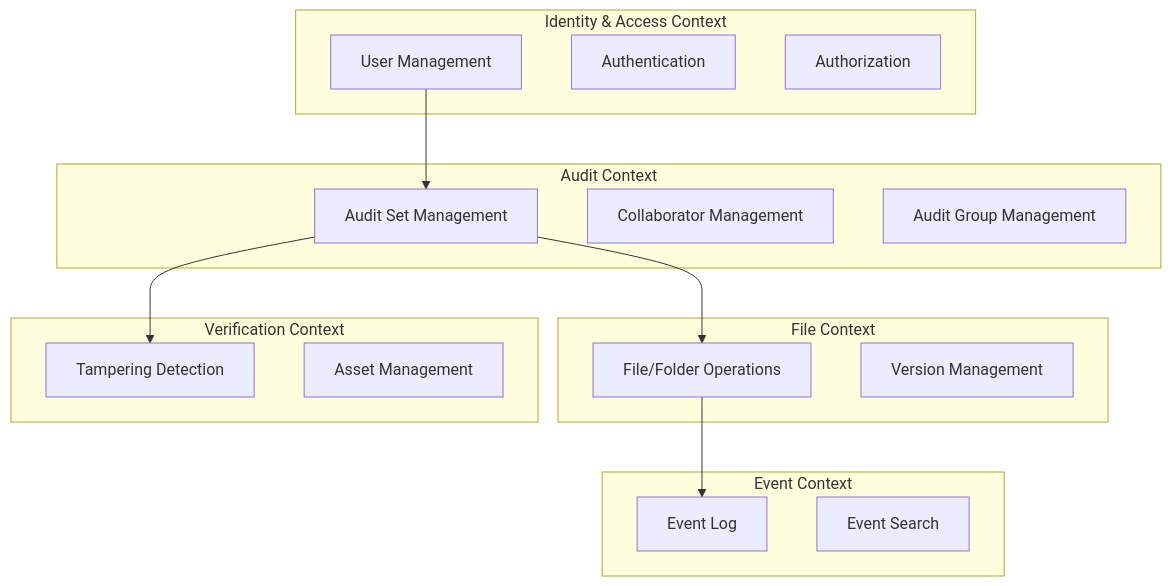
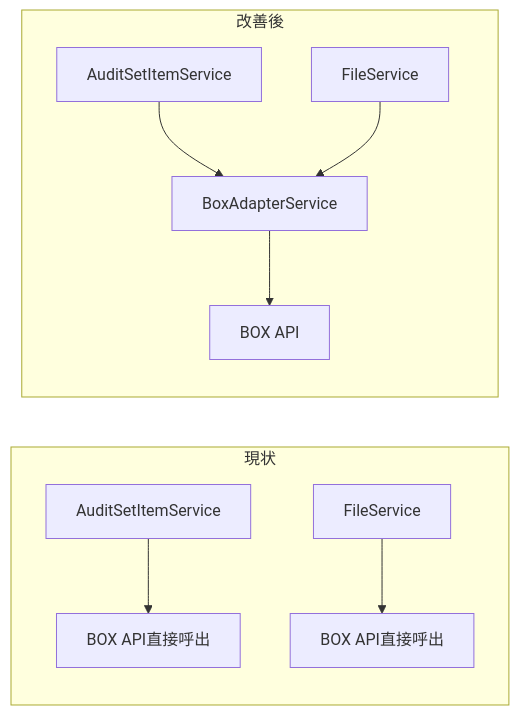
Before and after one commit to wfukatsu/refactoring-agent-for-claude-code: the second of 4 diagrams in reports/02_evaluation/mmi-improvement-plan.md, drawn with Mermaid. The commit also changed other lines of this file and 26 other files, not shown here.

````diff
--- a/reports/02_evaluation/mmi-improvement-plan.md
+++ b/reports/02_evaluation/mmi-improvement-plan.md
@@ -301,34 +92,13 @@
 ```mermaid
-graph TB
-    subgraph "Identity & Access Context"
-        IAC[User Management]
-        IAC2[Authentication]
-        IAC3[Authorization]
+graph LR
+    subgraph "現状"
+        ASIS[AuditSetItemService] --> BOX1[BOX API直接呼出]
+        FS[FileService] --> BOX2[BOX API直接呼出]
     end
-
-    subgraph "Audit Context"
-        AC[Audit Set Management]
-        AC2[Collaborator Management]
-        AC3[Audit Group Management]
+    
+    subgraph "改善後"
+        ASIS2[AuditSetItemService] --> BAS[BoxAdapterService]
+        FS2[FileService] --> BAS
+        BAS --> BOX[BOX API]
     end
-
-    subgraph "File Context"
-        FC[File/Folder Operations]
-        FC2[Version Management]
-    end
-
-    subgraph "Event Context"
-        EC[Event Log]
-        EC2[Event Search]
-    end
-
-    subgraph "Verification Context"
-        VC[Tampering Detection]
-        VC2[Asset Management]
-    end
-
-    IAC --> AC
-    AC --> FC
-    FC --> EC
-    AC --> VC
 ```
````
